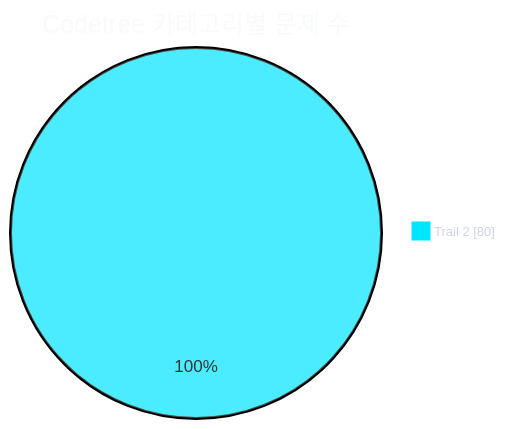
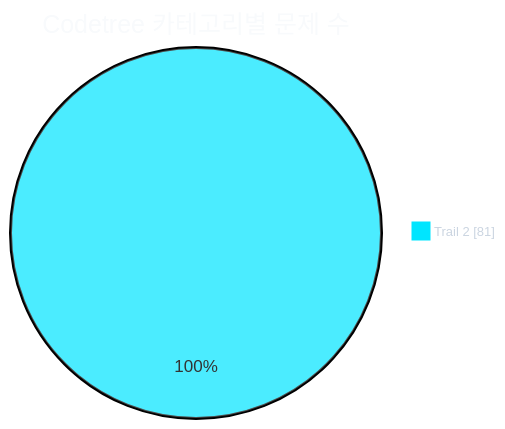
The first of 2 diagrams in readme.md (CHOOSLA/Algorithm), drawn with Mermaid before and after one commit. The commit also changed other lines of this file and 2 other files, not shown here.

````diff
--- a/readme.md
+++ b/readme.md
@@ -31,21 +31,21 @@
 ```mermaid
 ---
 config:
   theme: base
   themeVariables:
     background: '#0d1117'
     pieTitleTextColor: '#f8fafc'
     pieLegendTextColor: '#cbd5e1'
     pieLegendTextSize: '13px'
     pie1: '#00e5ff'
     pie2: '#22c55e'
     pie3: '#f59e0b'
     pie4: '#a855f7'
     pie5: '#ec4899'
     pie6: '#3b82f6'
     pie7: '#64748b'
 ---
 pie showData
   title Codetree 카테고리별 문제 수
-  "Trail 2" : 80
+  "Trail 2" : 81
 ```
````
